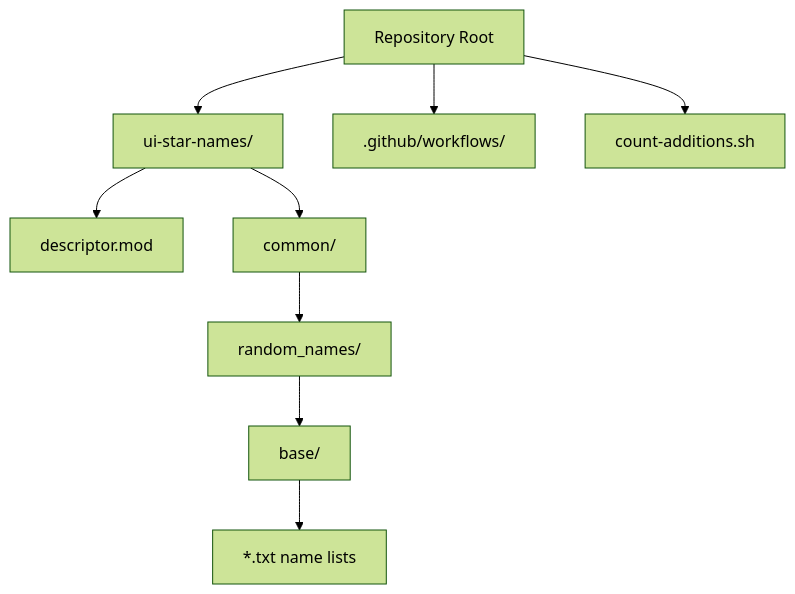
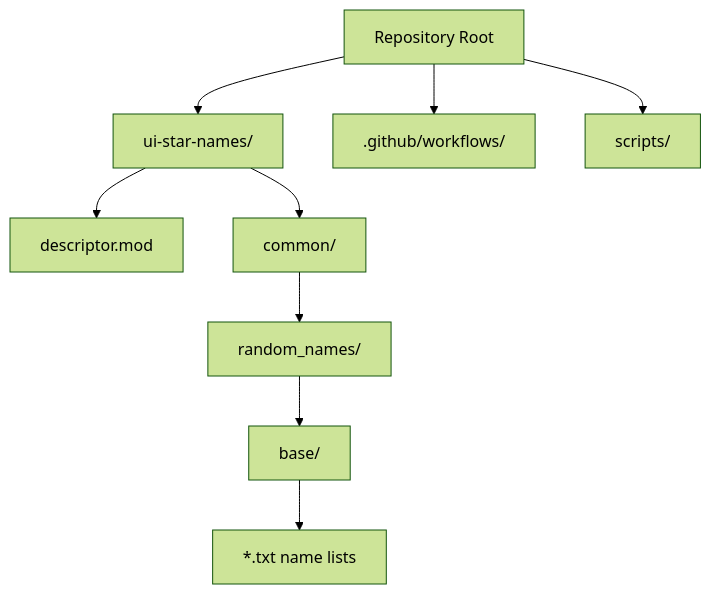
Before and after one commit to hmlendea/stellaris-ui-star-names: the fifth of 5 diagrams in ARCHITECTURE.md, drawn with Mermaid (forest theme). The commit also changed other lines of this file and 15 other files, not shown here.

````diff
--- a/ARCHITECTURE.md
+++ b/ARCHITECTURE.md
@@ -222,11 +226,11 @@
 ```mermaid
 flowchart TB
     Repo[Repository Root] --> ModDir[ui-star-names/]
     Repo --> Workflows[.github/workflows/]
-    Repo --> Scripts[count-additions.sh]
+    Repo --> Scripts[scripts/]
     ModDir --> Descriptor[descriptor.mod]
     ModDir --> Common[common/]
     Common --> RandomNames[random_names/]
     RandomNames --> Base[base/]
     Base --> NameFiles[*.txt name lists]
 ```
````
